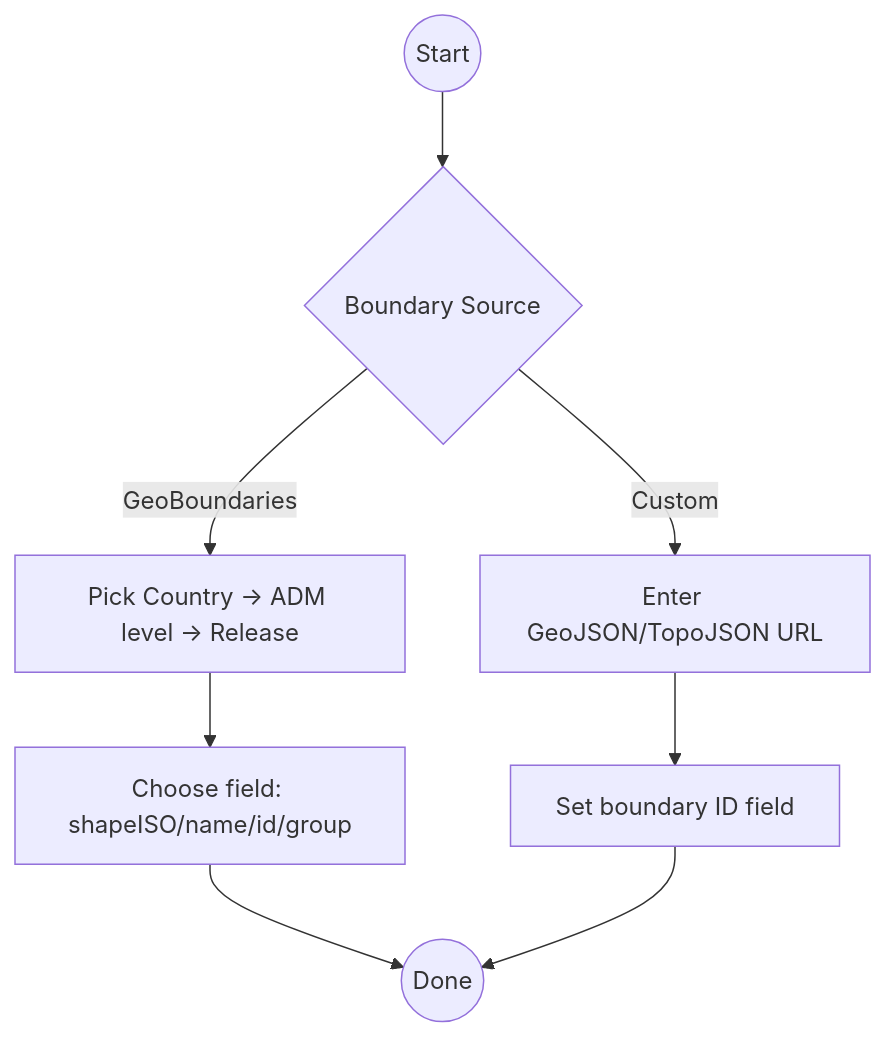
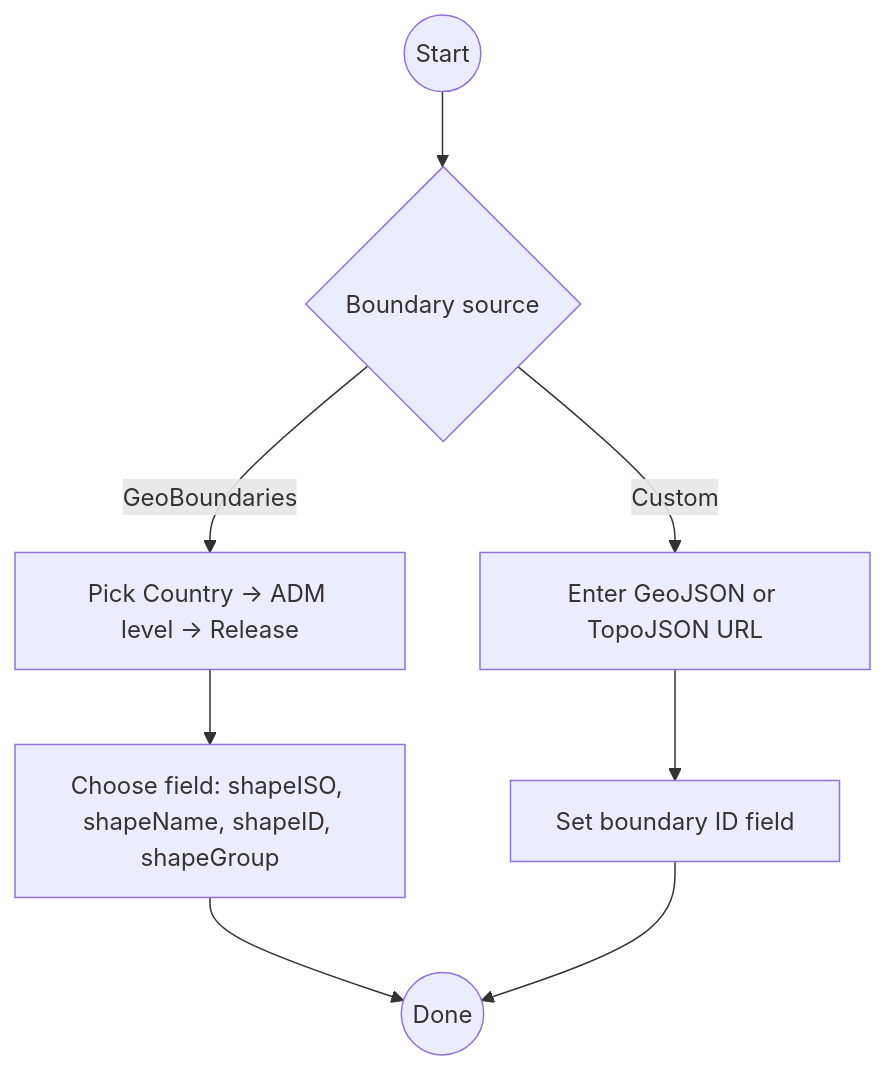
The second of 3 diagrams in spec/choropleth/quick-reference.md (maplumi/maplumi-pbi), drawn with Mermaid before and after one commit. The commit also changed other lines of this file and 4 other files, not shown here.

Commit message:
fix mermaid diagrams

````diff
--- a/spec/choropleth/quick-reference.md
+++ b/spec/choropleth/quick-reference.md
@@ -39,10 +39,10 @@
 ```mermaid
 flowchart TB
-   start((Start)) --> src{Boundary Source}
-   src -->|GeoBoundaries| gb[Pick Country → ADM level → Release]
-   gb --> field[Choose field: shapeISO/name/id/group]
-   src -->|Custom| url[Enter GeoJSON/TopoJSON URL]
-   url --> bfield[Set boundary ID field]
-   field --> done((Done))
+  start((Start)) --> src{"Boundary source"}
+  src -->|GeoBoundaries| gb["Pick Country → ADM level → Release"]
+  gb --> field["Choose field: shapeISO, shapeName, shapeID, shapeGroup"]
+  src -->|Custom| url["Enter GeoJSON or TopoJSON URL"]
+  url --> bfield["Set boundary ID field"]
+  field --> done((Done))
    bfield --> done
 ```
````
